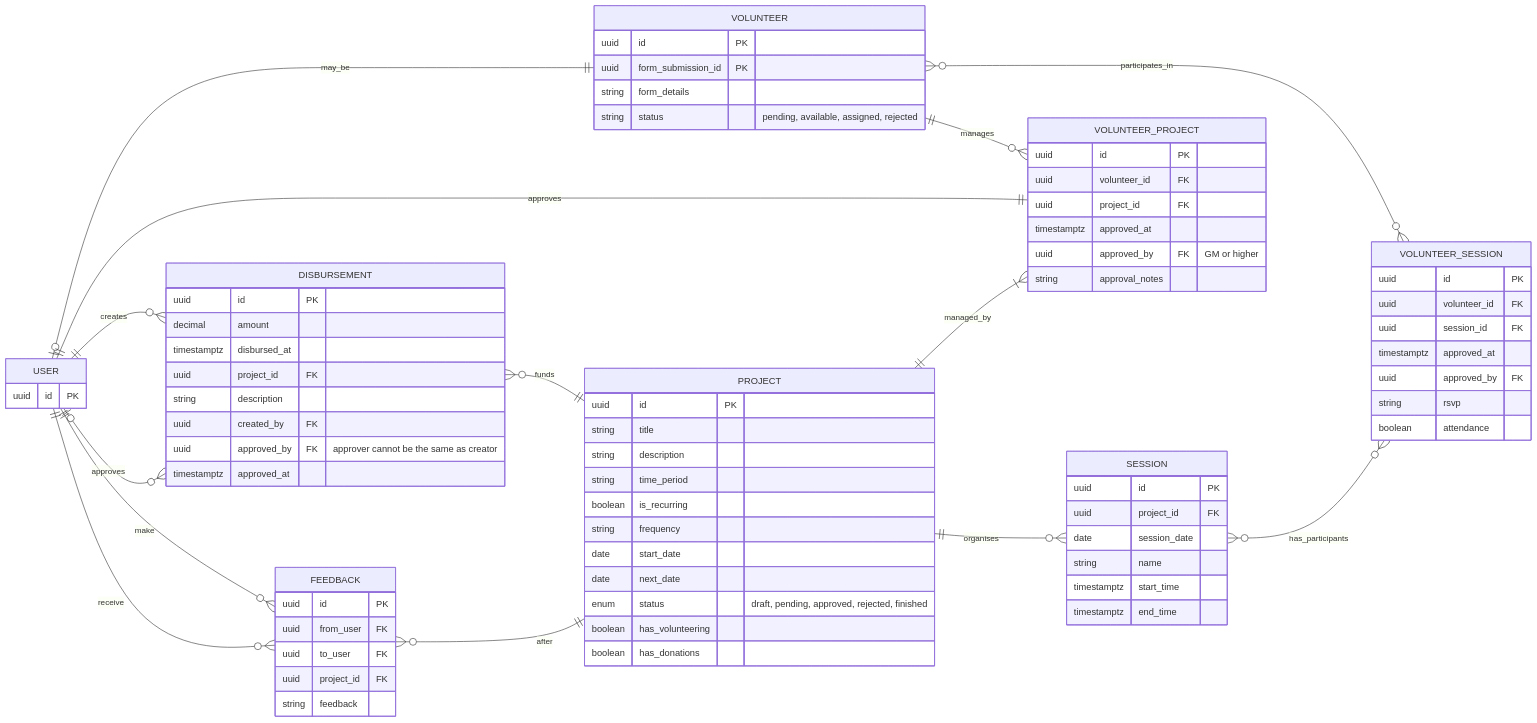
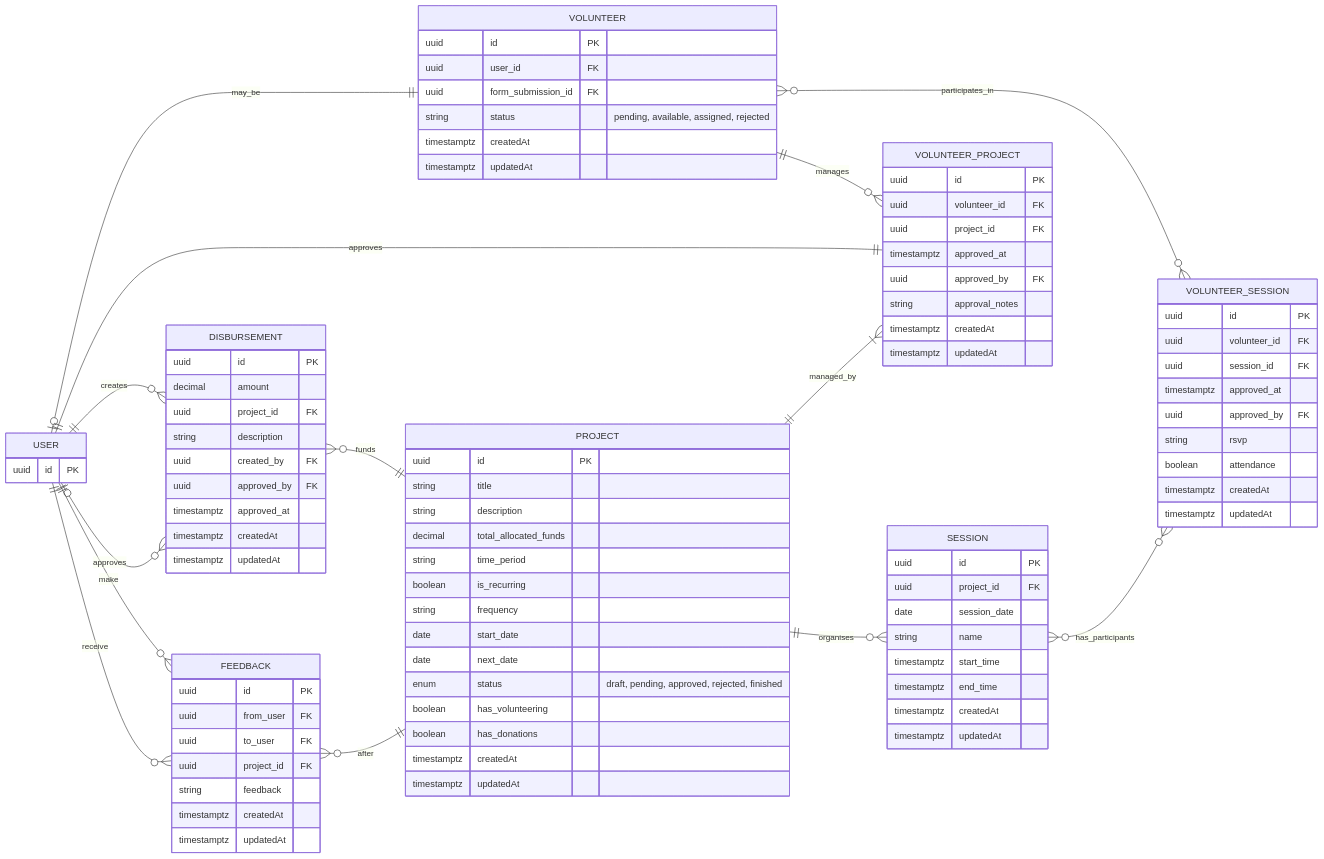
One commit to SiloamXperience-DG-AY2526/backend changed the diagram in docs/db-schema/volunteer-ms-schema.md. Above: the diagram before and after it, drawn with Mermaid. The commit also changed other lines of this file and 10 other files, not shown here.

````diff
--- a/docs/db-schema/volunteer-ms-schema.md
+++ b/docs/db-schema/volunteer-ms-schema.md
@@ -45,9 +41,11 @@
     }
     VOLUNTEER {
         uuid id PK
-        uuid form_submission_id PK
-        string form_details
+        uuid user_id FK
+        uuid form_submission_id FK
         string status "pending, available, assigned, rejected"
+        timestamptz createdAt
+        timestamptz updatedAt
     }
     SESSION {
         uuid id PK
@@ -56,6 +54,8 @@
         string name
         timestamptz start_time
         timestamptz end_time
+        timestamptz createdAt
+        timestamptz updatedAt
     }
     VOLUNTEER_SESSION {
         uuid id PK
@@ -65,19 +65,24 @@
         uuid approved_by FK
         string rsvp
         boolean attendance
+        timestamptz createdAt
+        timestamptz updatedAt
     }
     VOLUNTEER_PROJECT {
         uuid id PK
         uuid volunteer_id FK
         uuid project_id FK
         timestamptz approved_at
-        uuid approved_by FK "GM or higher"
+        uuid approved_by FK
         string approval_notes
+        timestamptz createdAt
+        timestamptz updatedAt
     }
     PROJECT {
         uuid id PK
         string title
         string description
+        decimal total_allocated_funds
         string time_period
         boolean is_recurring
         string frequency
@@ -86,16 +91,19 @@
         enum status "draft, pending, approved, rejected, finished"
         boolean has_volunteering
         boolean has_donations
+        timestamptz createdAt
+        timestamptz updatedAt
     }
     DISBURSEMENT {
         uuid id PK
         decimal amount
-        timestamptz disbursed_at
         uuid project_id FK
         string description
         uuid created_by FK
-        uuid approved_by FK "approver cannot be the same as creator"
+        uuid approved_by FK
         timestamptz approved_at
+        timestamptz createdAt
+        timestamptz updatedAt
     }
     FEEDBACK {
         uuid id PK
@@ -103,5 +111,7 @@
         uuid to_user FK
         uuid project_id FK
         string feedback
+        timestamptz createdAt
+        timestamptz updatedAt
     }
 ```
````
